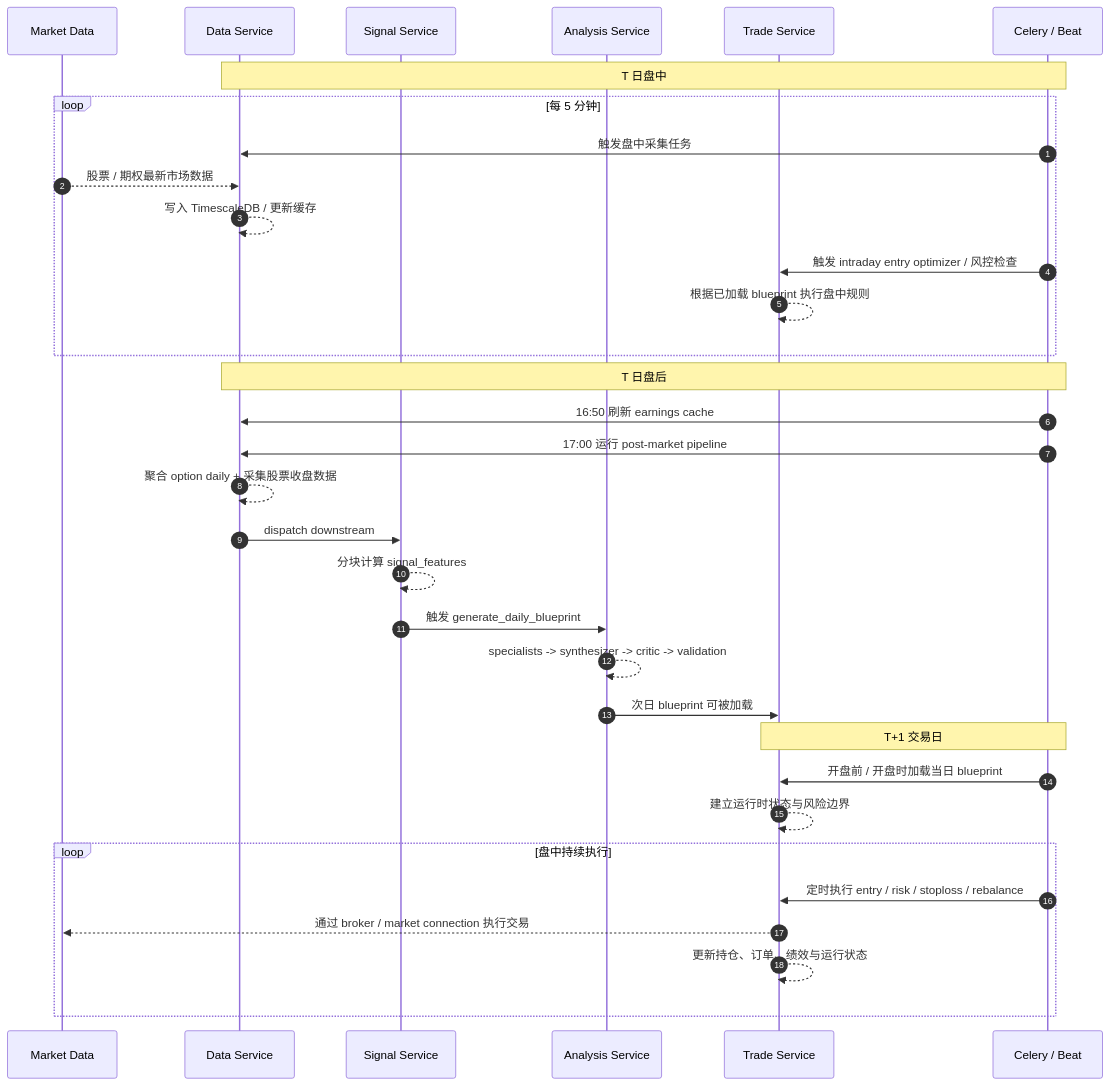
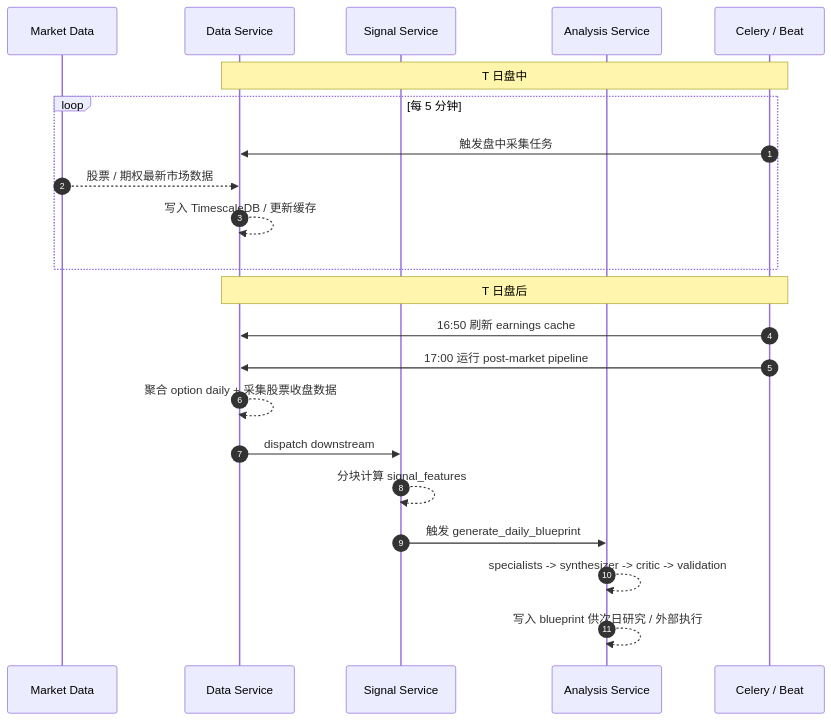
One commit to AimeSoleil/algo-trader-platform changed the second of 2 diagrams in README.md. Above: the diagram before and after it, drawn with Mermaid. The commit also changed other lines of this file and 85 other files, not shown here.

````diff
--- a/README.md
+++ b/README.md
@@ -207,38 +183,26 @@
 ```mermaid
 sequenceDiagram
    autonumber
    participant M as Market Data
    participant D as Data Service
    participant S as Signal Service
    participant A as Analysis Service
-   participant T as Trade Service
    participant C as Celery / Beat
 
    Note over C,D: T 日盘中
    loop 每 5 分钟
       C->>D: 触发盘中采集任务
       M-->>D: 股票 / 期权最新市场数据
       D-->>D: 写入 TimescaleDB / 更新缓存
-      C->>T: 触发 intraday entry optimizer / 风控检查
-      T-->>T: 根据已加载 blueprint 执行盘中规则
    end
 
    Note over C,D: T 日盘后
    C->>D: 16:50 刷新 earnings cache
    C->>D: 17:00 运行 post-market pipeline
    D-->>D: 聚合 option daily + 采集股票收盘数据
    D->>S: dispatch downstream
    S-->>S: 分块计算 signal_features
    S->>A: 触发 generate_daily_blueprint
    A-->>A: specialists -> synthesizer -> critic -> validation
-   A->>T: 次日 blueprint 可被加载
-
-   Note over T,C: T+1 交易日
-   C->>T: 开盘前 / 开盘时加载当日 blueprint
-   T-->>T: 建立运行时状态与风险边界
-   loop 盘中持续执行
-      C->>T: 定时执行 entry / risk / stoploss / rebalance
-      T-->>M: 通过 broker / market connection 执行交易
-      T-->>T: 更新持仓、订单、绩效与运行状态
-   end
+   A-->>A: 写入 blueprint 供次日研究 / 外部执行
 ```
````
